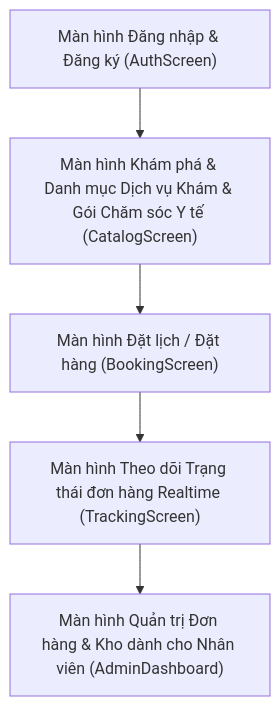
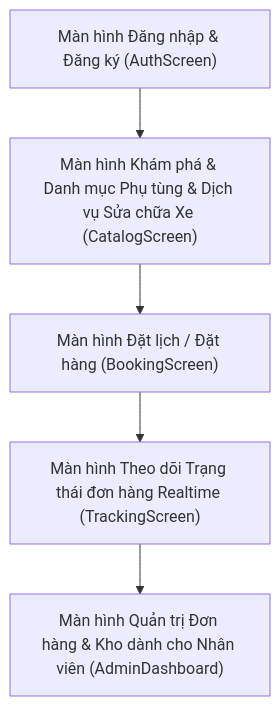
Before and after one commit to phongvu2010/Multi-Agents-Dev: the diagram in workspaces/artifacts/01_discovery/ui_ux_specifications.md, drawn with Mermaid. The commit also changed other lines of this file and 56 other files, not shown here.

````diff
--- a/workspaces/artifacts/01_discovery/ui_ux_specifications.md
+++ b/workspaces/artifacts/01_discovery/ui_ux_specifications.md
@@ -6,12 +6,12 @@
 ```mermaid
 graph TD
     S1["Màn hình Đăng nhập & Đăng ký (AuthScreen)"]
-    S2["Màn hình Khám phá & Danh mục Dịch vụ Khám & Gói Chăm sóc Y tế (CatalogScreen)"]
+    S2["Màn hình Khám phá & Danh mục Phụ tùng & Dịch vụ Sửa chữa Xe (CatalogScreen)"]
     S3["Màn hình Đặt lịch / Đặt hàng (BookingScreen)"]
     S4["Màn hình Theo dõi Trạng thái đơn hàng Realtime (TrackingScreen)"]
     S5["Màn hình Quản trị Đơn hàng & Kho dành cho Nhân viên (AdminDashboard)"]
     S1 --> S2
     S2 --> S3
     S3 --> S4
     S4 --> S5
 ```
````
